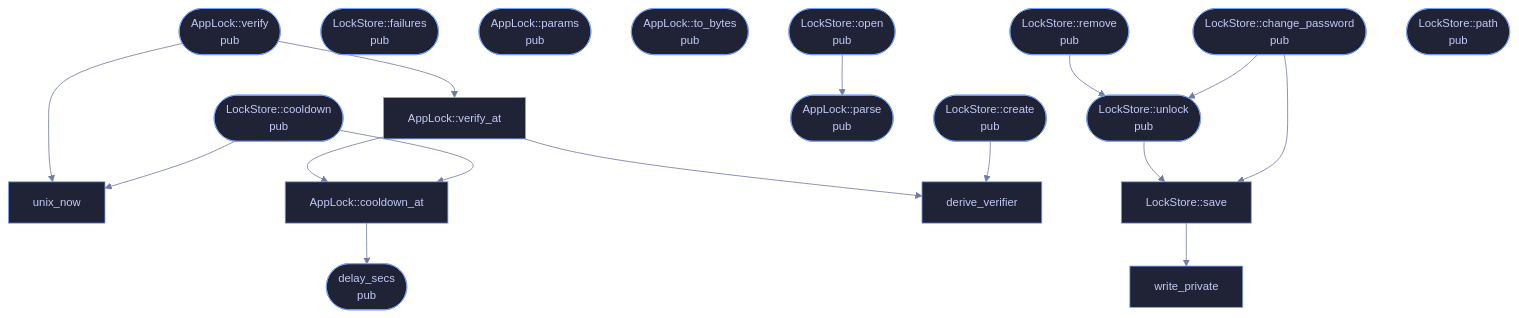
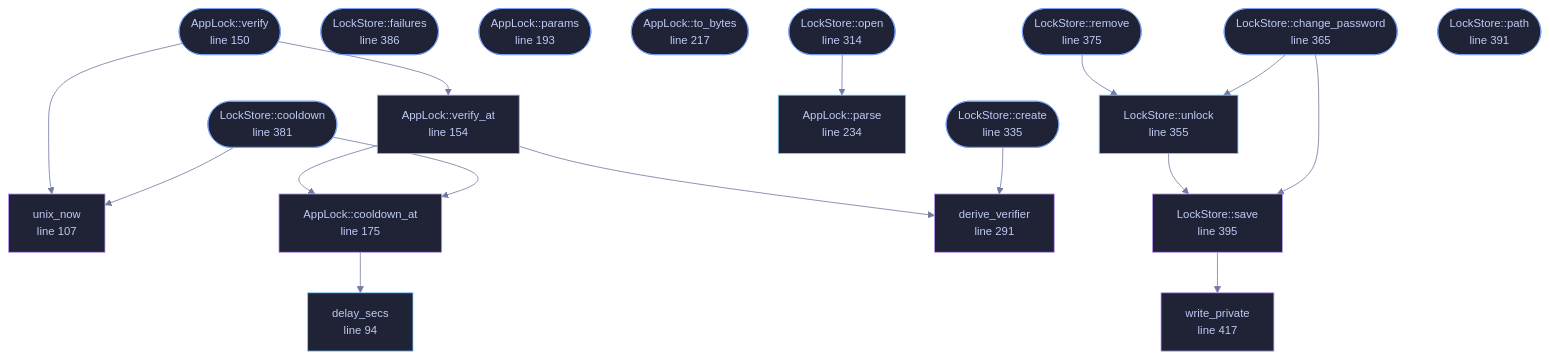
One commit to tilas01/veilvoice changed the diagram in docs/files/veilvoice-crypto/lock.md. Above: the diagram before and after it, drawn with Mermaid. The commit also changed other lines of this file and 182 other files, not shown here.

````diff
--- a/docs/files/veilvoice-crypto/lock.md
+++ b/docs/files/veilvoice-crypto/lock.md
@@ -89,40 +126,46 @@
 ```mermaid
 %%{init: {"theme":"base","themeVariables":{"background":"#1a1b26","primaryColor":"#1f2335","primaryTextColor":"#c0caf5","primaryBorderColor":"#7aa2f7","secondaryColor":"#16161e","tertiaryColor":"#16161e","lineColor":"#737aa2","textColor":"#c0caf5","mainBkg":"#1f2335","nodeBorder":"#7aa2f7","clusterBkg":"#16161e","clusterBorder":"#2f3549","fontFamily":"ui-monospace, SFMono-Regular, Consolas, monospace","fontSize":"14px"}}}%%
 flowchart TD
-    n_delay_secs(["delay_secs<br/>pub"])
-    n_unix_now["unix_now"]
-    n_create(["AppLock::create<br/>pub"])
-    n_verify(["AppLock::verify<br/>pub"])
-    n_verify_at["AppLock::verify_at"]
-    n_cooldown(["AppLock::cooldown<br/>pub"])
-    n_cooldown_at["AppLock::cooldown_at"]
-    n_failures(["AppLock::failures<br/>pub"])
-    n_params(["AppLock::params<br/>pub"])
-    n_to_bytes(["AppLock::to_bytes<br/>pub"])
-    n_parse(["AppLock::parse<br/>pub"])
-    n_derive_verifier["derive_verifier"]
-    n_open(["LockStore::open<br/>pub"])
-    n_create(["LockStore::create<br/>pub"])
-    n_unlock(["LockStore::unlock<br/>pub"])
-    n_change_password(["LockStore::change_password<br/>pub"])
-    n_remove(["LockStore::remove<br/>pub"])
-    n_cooldown(["LockStore::cooldown<br/>pub"])
-    n_failures(["LockStore::failures<br/>pub"])
-    n_path(["LockStore::path<br/>pub"])
-    n_save["LockStore::save"]
-    n_write_private["write_private"]
+    n_delay_secs["delay_secs<br/>line 94"]
+    n_unix_now["unix_now<br/>line 107"]
+    n_create(["AppLock::create<br/>line 133"])
+    n_verify(["AppLock::verify<br/>line 150"])
+    n_verify_at["AppLock::verify_at<br/>line 154"]
+    n_cooldown(["AppLock::cooldown<br/>line 171"])
+    n_cooldown_at["AppLock::cooldown_at<br/>line 175"]
+    n_failures(["AppLock::failures<br/>line 188"])
+    n_params(["AppLock::params<br/>line 193"])
+    n_to_bytes(["AppLock::to_bytes<br/>line 217"])
+    n_parse["AppLock::parse<br/>line 234"]
+    n_derive_verifier["derive_verifier<br/>line 291"]
+    n_open(["LockStore::open<br/>line 314"])
+    n_create(["LockStore::create<br/>line 335"])
+    n_unlock["LockStore::unlock<br/>line 355"]
+    n_change_password(["LockStore::change_password<br/>line 365"])
+    n_remove(["LockStore::remove<br/>line 375"])
+    n_cooldown(["LockStore::cooldown<br/>line 381"])
+    n_failures(["LockStore::failures<br/>line 386"])
+    n_path(["LockStore::path<br/>line 391"])
+    n_save["LockStore::save<br/>line 395"]
+    n_write_private["write_private<br/>line 417"]
     n_change_password --> n_save
     n_change_password --> n_unlock
     n_cooldown --> n_cooldown_at
     n_cooldown --> n_unix_now
     n_cooldown_at --> n_delay_secs
     n_create --> n_derive_verifier
     n_open --> n_parse
     n_remove --> n_unlock
     n_save --> n_write_private
     n_unlock --> n_save
     n_verify --> n_unix_now
     n_verify --> n_verify_at
     n_verify_at --> n_cooldown_at
     n_verify_at --> n_derive_verifier
+    classDef entry fill:#1f2335,stroke:#7aa2f7,color:#c0caf5
+    class n_create,n_verify,n_cooldown,n_failures,n_params,n_to_bytes,n_open,n_create,n_change_password,n_remove,n_cooldown,n_failures,n_path entry
+    classDef api fill:#1f2335,stroke:#7dcfff,color:#c0caf5
+    class n_delay_secs,n_parse,n_unlock api
+    classDef helper fill:#1f2335,stroke:#bb9af7,color:#c0caf5
+    class n_unix_now,n_verify_at,n_cooldown_at,n_derive_verifier,n_save,n_write_private helper
 ```
````
